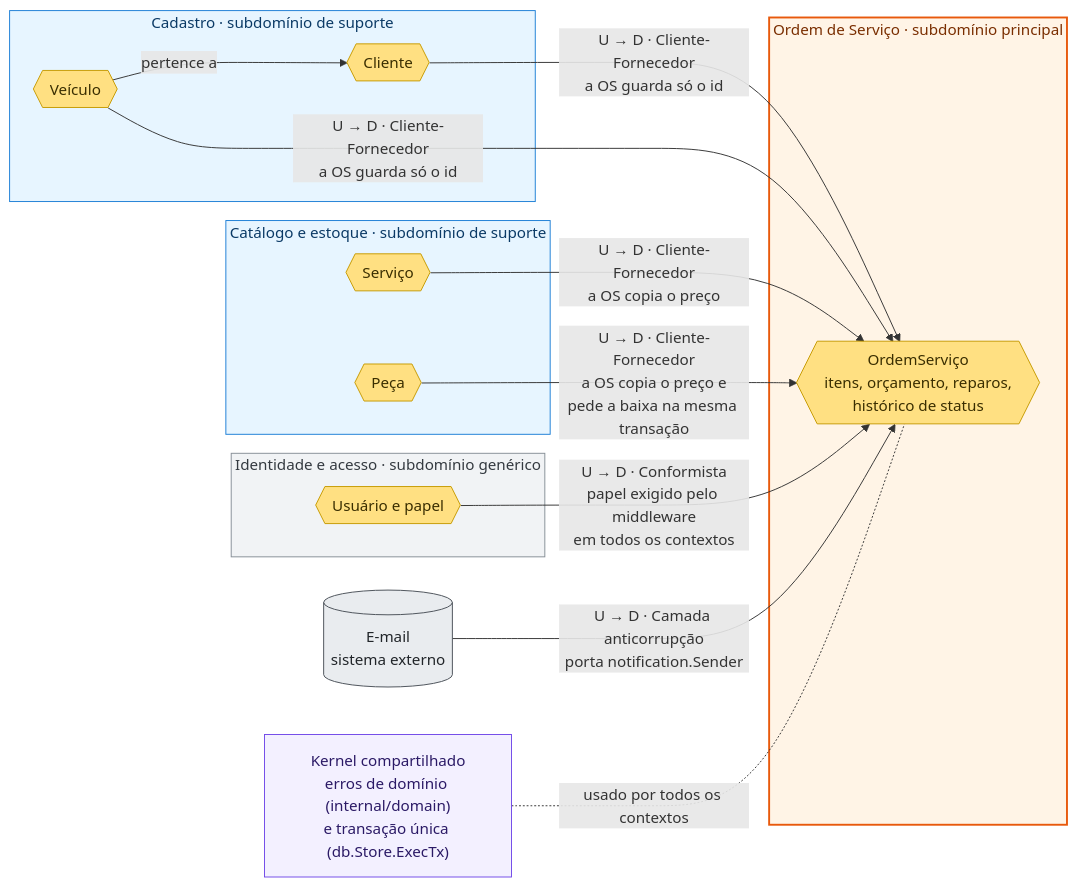
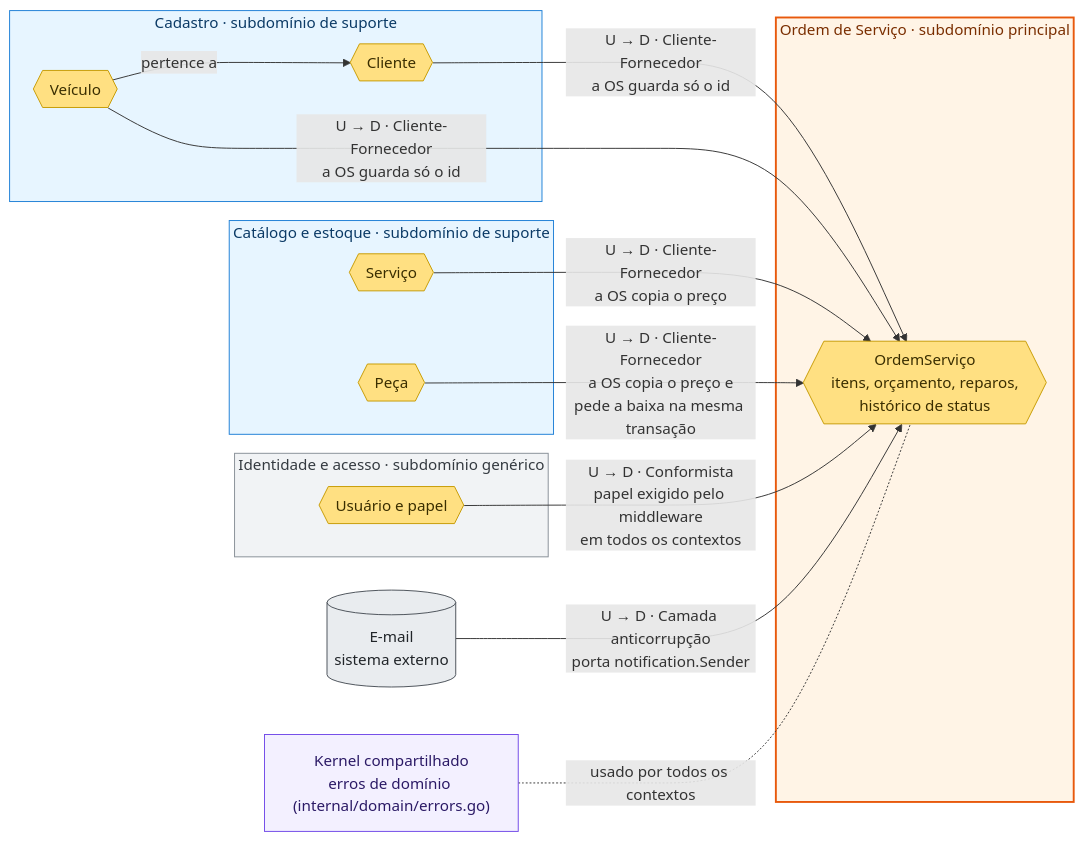
The diagram in docs/ddd/mapa-de-contexto.md (Teixeiraass/backend_techchallenger), drawn with Mermaid before and after one commit. The commit also changed other lines of this file and 1 other file, not shown here.

````diff
--- a/docs/ddd/mapa-de-contexto.md
+++ b/docs/ddd/mapa-de-contexto.md
@@ -7,39 +7,39 @@
 ```mermaid
 flowchart LR
     subgraph cadastro["Cadastro · subdomínio de suporte"]
         CLI{{"Cliente"}}
         VEI{{"Veículo"}}
     end
     subgraph catalogo["Catálogo e estoque · subdomínio de suporte"]
         SER{{"Serviço"}}
         PEC{{"Peça"}}
     end
     subgraph os["Ordem de Serviço · subdomínio principal"]
         OS{{"OrdemServiço<br/>itens, orçamento, reparos,<br/>histórico de status"}}
     end
     subgraph identidade["Identidade e acesso · subdomínio genérico"]
         USR{{"Usuário e papel"}}
     end
     EMAIL[("E-mail<br/>sistema externo")]
-    SK["Kernel compartilhado<br/>erros de domínio (internal/domain)<br/>e transação única (db.Store.ExecTx)"]
+    SK["Kernel compartilhado<br/>erros de domínio (internal/domain/errors.go)"]
 
     VEI -- "pertence a" --> CLI
     CLI -- "U → D · Cliente-Fornecedor<br/>a OS guarda só o id" --> OS
     VEI -- "U → D · Cliente-Fornecedor<br/>a OS guarda só o id" --> OS
     SER -- "U → D · Cliente-Fornecedor<br/>a OS copia o preço" --> OS
     PEC -- "U → D · Cliente-Fornecedor<br/>a OS copia o preço e<br/>pede a baixa na mesma transação" --> OS
     USR -- "U → D · Conformista<br/>papel exigido pelo middleware<br/>em todos os contextos" --> OS
     EMAIL -- "U → D · Camada anticorrupção<br/>porta notification.Sender" --> OS
     SK -. "usado por todos os contextos" .- OS
 
     classDef agregado fill:#FFE082,stroke:#C79A00,color:#3A2E00
     classDef externo fill:#E9ECEF,stroke:#495057,color:#212529
     classDef kernel fill:#F3F0FF,stroke:#7048E8,color:#2B1A66
     class CLI,VEI,SER,PEC,OS,USR agregado
     class EMAIL externo
     class SK kernel
     style os fill:#FFF4E6,stroke:#E8590C,stroke-width:2px,color:#7A2E00
     style cadastro fill:#E7F5FF,stroke:#1C7ED6,color:#0B3A66
     style catalogo fill:#E7F5FF,stroke:#1C7ED6,color:#0B3A66
     style identidade fill:#F1F3F5,stroke:#868E96,color:#343A40
 ```
````
